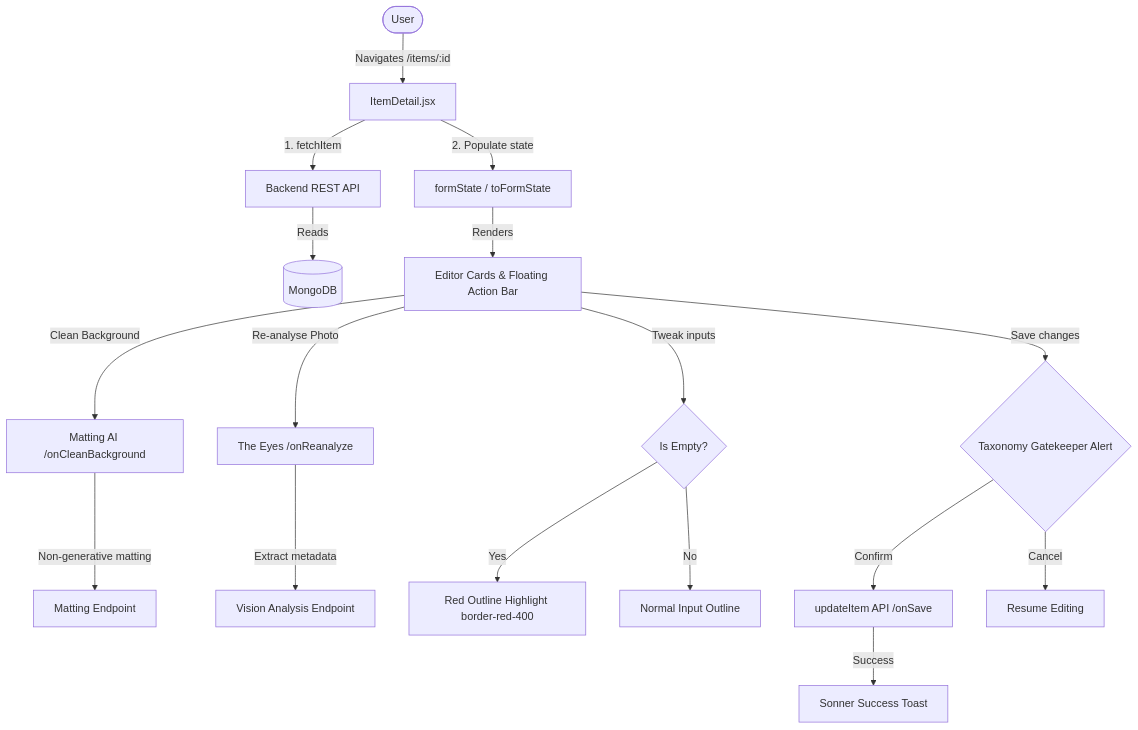
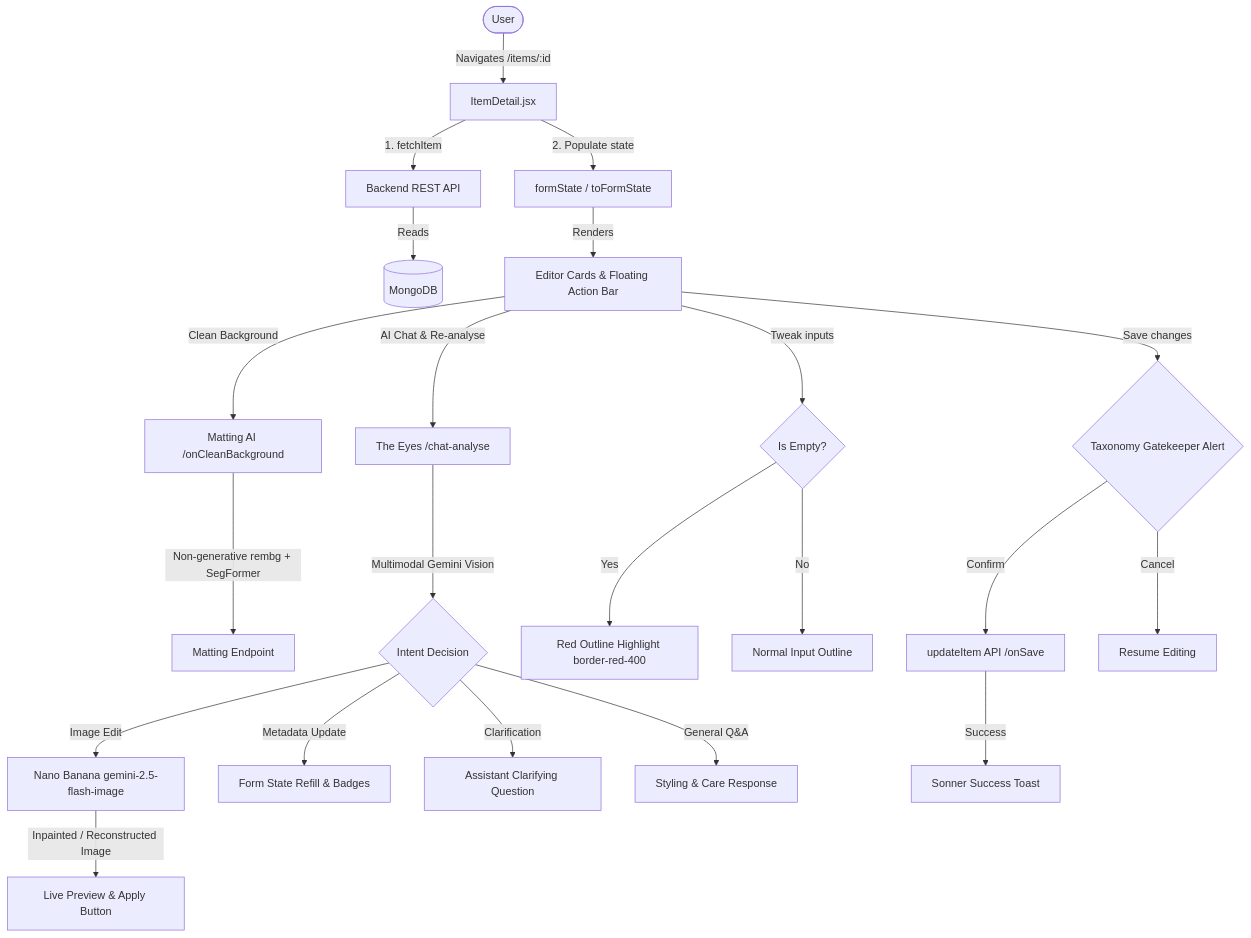
One commit to Yoram-Jacobs/DressAppV1 changed the diagram in frontend/public/wiki/ar/item_details.md. Above: the diagram before and after it, drawn with Mermaid. The commit also changed other lines of this file and 27 other files, not shown here.

Commit message:
docs: narrate and translate Re-Analyse AI chat and Nano Banana editing across user manuals and 13 wiki languages

````diff
--- a/frontend/public/wiki/ar/item_details.md
+++ b/frontend/public/wiki/ar/item_details.md
@@ -14,26 +14,33 @@
 ```mermaid
 graph TD
     User([User]) -->|Navigates /items/:id| Page[ItemDetail.jsx]
     Page -->|1. fetchItem| API[Backend REST API]
     API -->|Reads| DB[(MongoDB)]
     
     Page -->|2. Populate state| FormState[formState / toFormState]
     FormState -->|Renders| Cards[Editor Cards & Floating Action Bar]
     
     %% AI actions
     Cards -->|Clean Background| Matting[Matting AI /onCleanBackground]
-    Matting -->|Non-generative matting| MattingAPI[Matting Endpoint]
+    Matting -->|Non-generative rembg + SegFormer| MattingAPI[Matting Endpoint]
     
-    Cards -->|Re-analyse Photo| VisionEngine[The Eyes /onReanalyze]
-    VisionEngine -->|Extract metadata| VisionAPI[Vision Analysis Endpoint]
+    Cards -->|AI Chat & Re-analyse| EyesAgent[The Eyes /chat-analyse]
+    EyesAgent -->|Multimodal Gemini Vision| DecisionEngine{Intent Decision}
+    
+    DecisionEngine -->|Image Edit| NanoBanana[Nano Banana gemini-2.5-flash-image]
+    NanoBanana -->|Inpainted / Reconstructed Image| ImagePreview[Live Preview & Apply Button]
+    
+    DecisionEngine -->|Metadata Update| AttributeRefill[Form State Refill & Badges]
+    DecisionEngine -->|Clarification| ChatBubble[Assistant Clarifying Question]
+    DecisionEngine -->|General Q&A| StylingAdvice[Styling & Care Response]
     
     %% Data manipulation & Saving
     Cards -->|Tweak inputs| EmptyValidation{Is Empty?}
     EmptyValidation -->|Yes| RedFrame[Red Outline Highlight border-red-400]
     EmptyValidation -->|No| NormalFrame[Normal Input Outline]
     
     Cards -->|Save changes| Gatekeeper{Taxonomy Gatekeeper Alert}
     Gatekeeper -->|Confirm| SaveAPI[updateItem API /onSave]
     Gatekeeper -->|Cancel| EditContinue[Resume Editing]
     SaveAPI -->|Success| Toast[Sonner Success Toast]
 ```
````
